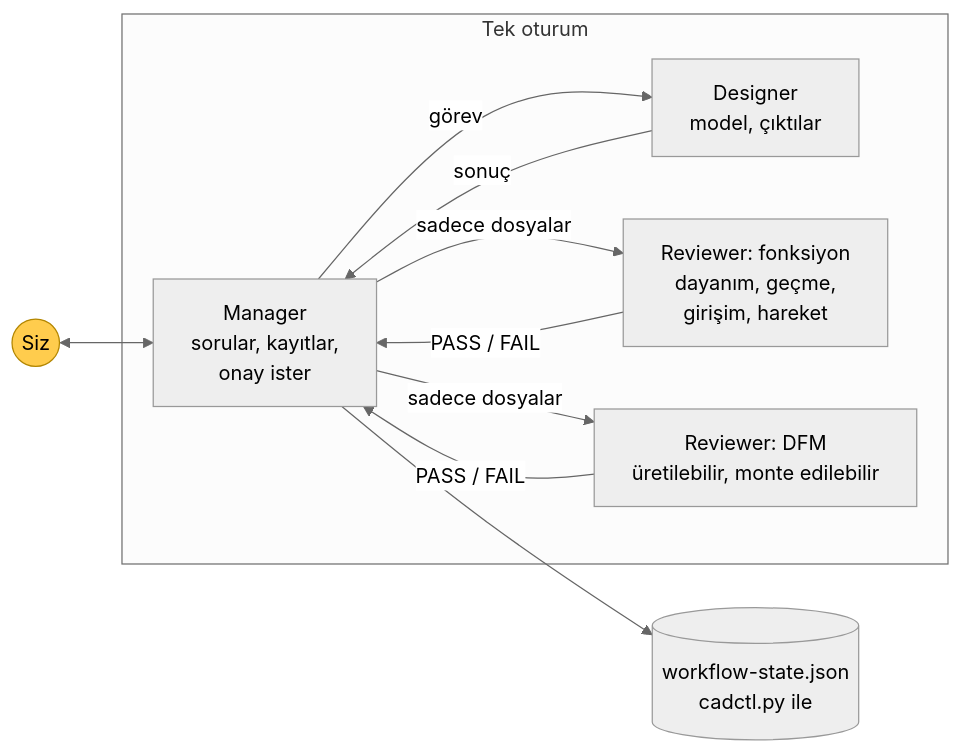
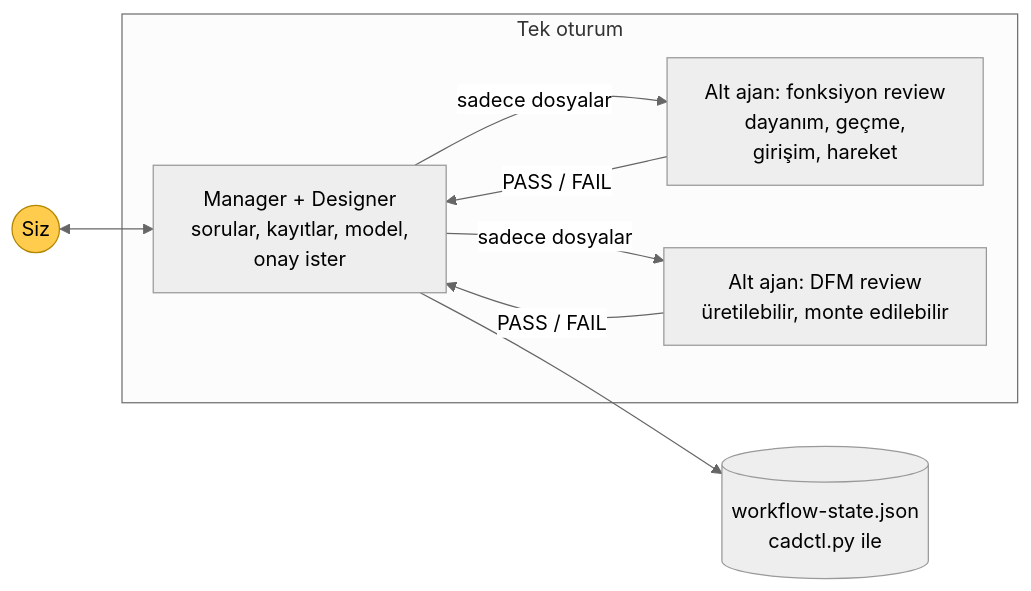
The second of 5 diagrams in README.tr.md (d0ukan/cad-for-anything), drawn with Mermaid (neutral theme) before and after one commit. The commit also changed other lines of this file and 8 other files, not shown here.

````diff
--- a/README.tr.md
+++ b/README.tr.md
@@ -99,16 +100,14 @@
 ```mermaid
 flowchart LR
-    U((Siz)) <--> M[Manager<br/>sorular, kayıtlar,<br/>onay ister]
+    U((Siz)) <--> M[Manager + Designer<br/>sorular, kayıtlar, model,<br/>onay ister]
     subgraph S[Tek oturum]
         M
-        M -- görev --> D[Designer<br/>model, çıktılar]
-        M -- sadece dosyalar --> RF[Reviewer: fonksiyon<br/>dayanım, geçme,<br/>girişim, hareket]
-        M -- sadece dosyalar --> RD[Reviewer: DFM<br/>üretilebilir, monte edilebilir]
-        D -- sonuç --> M
+        M -- sadece dosyalar --> RF[Alt ajan: fonksiyon review<br/>dayanım, geçme,<br/>girişim, hareket]
+        M -- sadece dosyalar --> RD[Alt ajan: DFM review<br/>üretilebilir, monte edilebilir]
         RF -- PASS / FAIL --> M
         RD -- PASS / FAIL --> M
     end
     M --> ST[(workflow-state.json<br/>cadctl.py ile)]
     classDef you fill:#ffcc4d,stroke:#b38600,color:#000
     class U you
 ```
````
